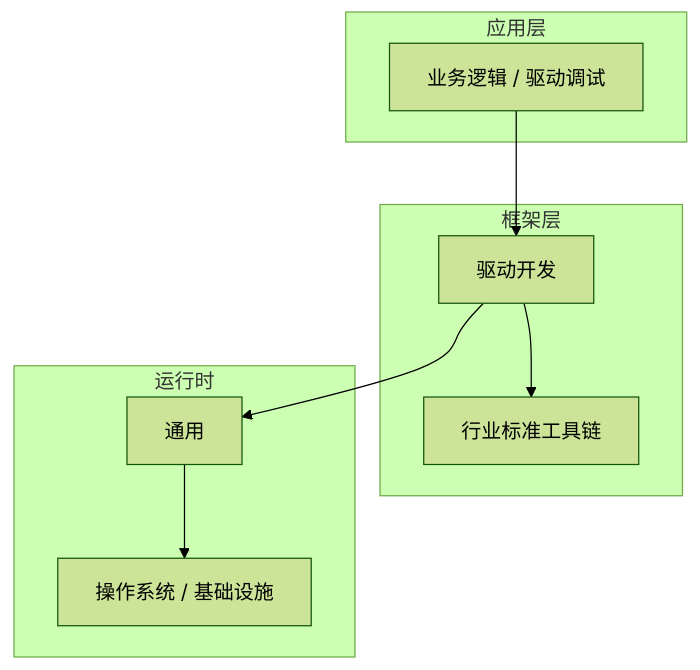
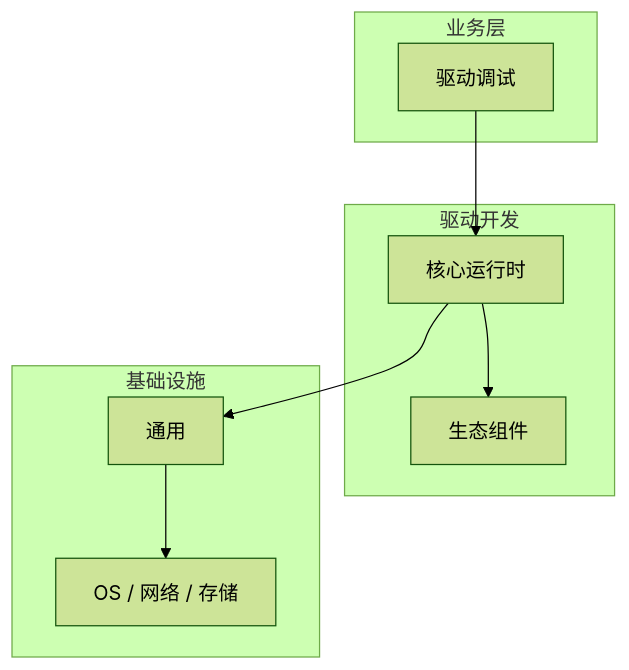
One commit to yanggan2015/knowledge-json-v2 changed the diagram in articles/驱动开发/chapters/091-驱动调试核心概念与原理.md. Above: the diagram before and after it, drawn with Mermaid (forest theme). The commit also changed other lines of this file and 10127 other files, not shown here.

````diff
--- a/articles/驱动开发/chapters/091-驱动调试核心概念与原理.md
+++ b/articles/驱动开发/chapters/091-驱动调试核心概念与原理.md
@@ -45,18 +34,18 @@
 ```mermaid
 graph TB
-    subgraph 应用层
-        A[业务逻辑 / 驱动调试]
+    subgraph 业务层
+        A[驱动调试]
     end
-    subgraph 框架层
-        B[驱动开发]
-        C[行业标准工具链]
+    subgraph 驱动开发
+        B[核心运行时]
+        C[生态组件]
     end
-    subgraph 运行时
+    subgraph 基础设施
         D[通用]
-        E[操作系统 / 基础设施]
+        E[OS / 网络 / 存储]
     end
     A --> B
     B --> C
     B --> D
     D --> E
 ```
````
